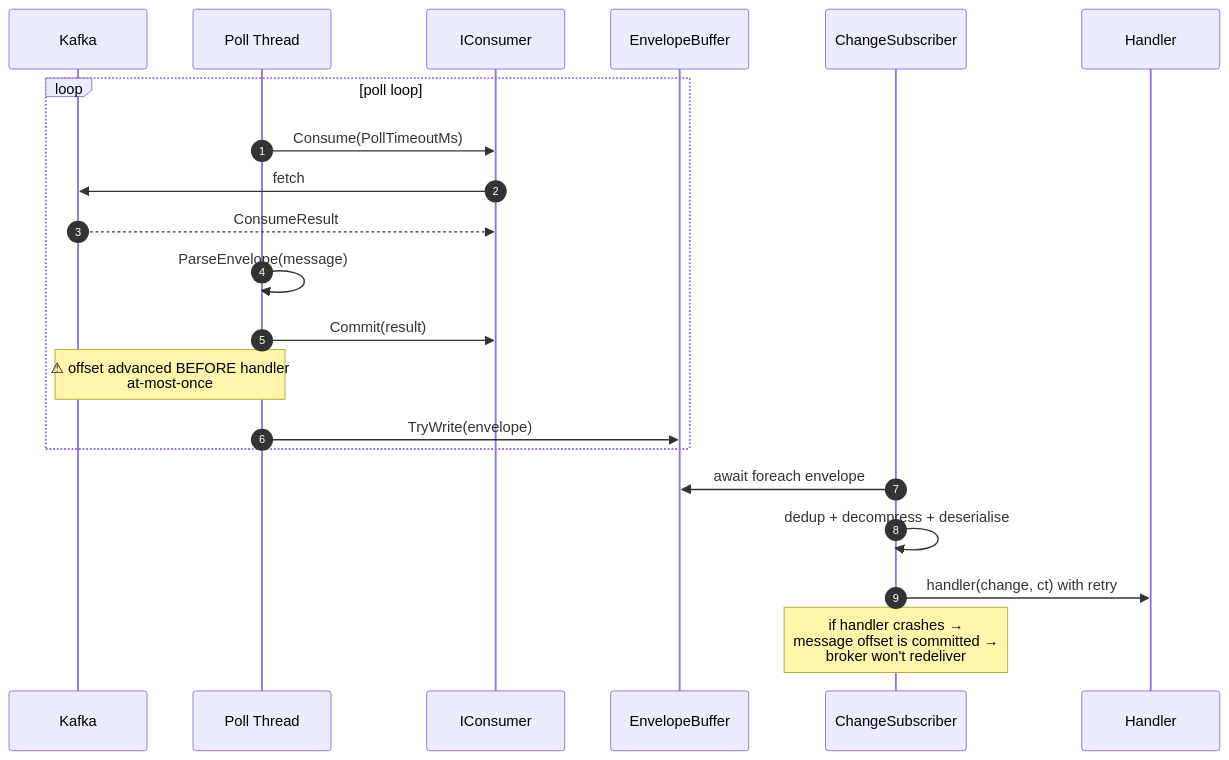
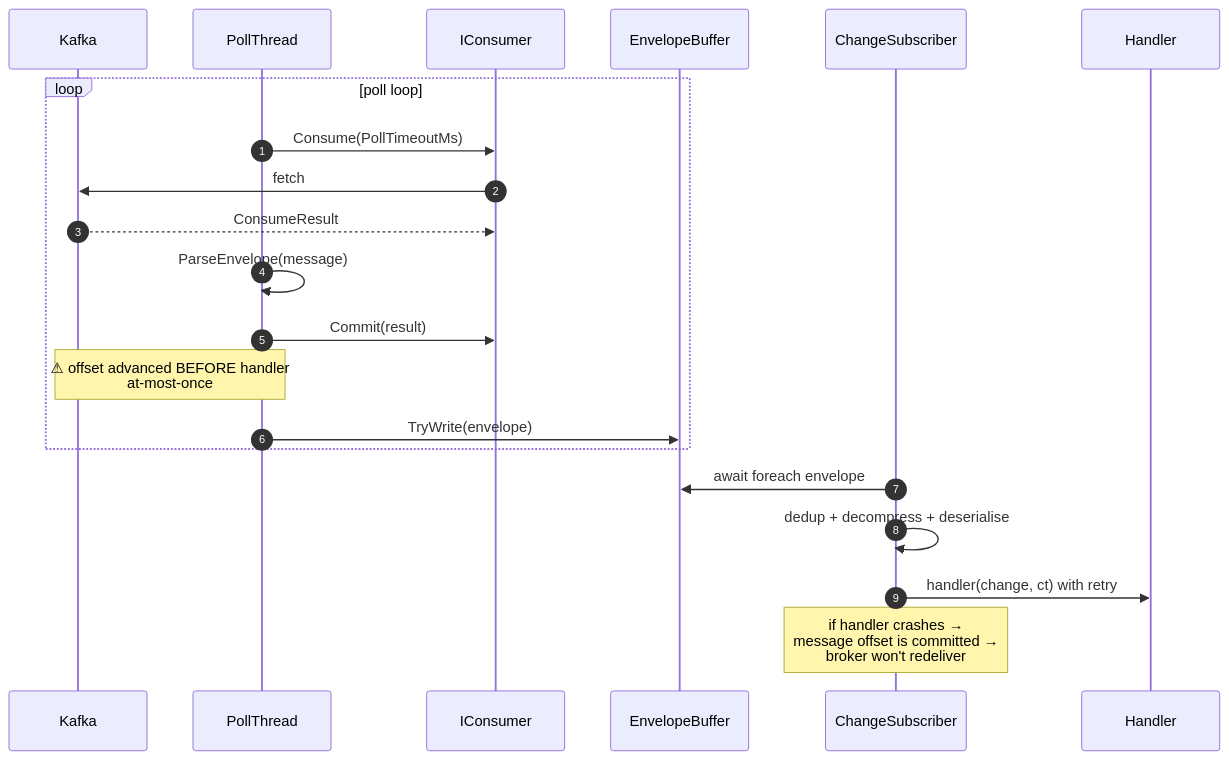
The third of 5 diagrams in src/RayTree.Plugins.Kafka/README.md (bitc0der/RayTree), drawn with Mermaid before and after one commit. The commit also changed other lines of this file and 1 other file, not shown here.

Commit message:
Fix for pub diagram

````diff
--- a/src/RayTree.Plugins.Kafka/README.md
+++ b/src/RayTree.Plugins.Kafka/README.md
@@ -195,25 +195,25 @@
 ```mermaid
 sequenceDiagram
     autonumber
     participant Broker as Kafka
-    participant Poll as Poll Thread
+    participant Poll as PollThread
     participant Cons as IConsumer
     participant Buf as EnvelopeBuffer
     participant Sub as ChangeSubscriber
     participant H as Handler
 
     loop poll loop
         Poll->>Cons: Consume(PollTimeoutMs)
         Cons->>Broker: fetch
         Broker-->>Cons: ConsumeResult
         Poll->>Poll: ParseEnvelope(message)
         Poll->>Cons: Commit(result)
         Note over Poll,Broker: ⚠ offset advanced BEFORE handler<br/>at-most-once
         Poll->>Buf: TryWrite(envelope)
     end
 
     Sub->>Buf: await foreach envelope
     Sub->>Sub: dedup + decompress + deserialise
     Sub->>H: handler(change, ct) with retry
     Note over Sub: if handler crashes →<br/>message offset is committed →<br/>broker won't redeliver
 ```
````
